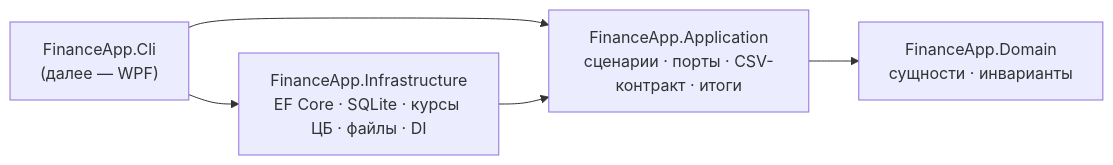
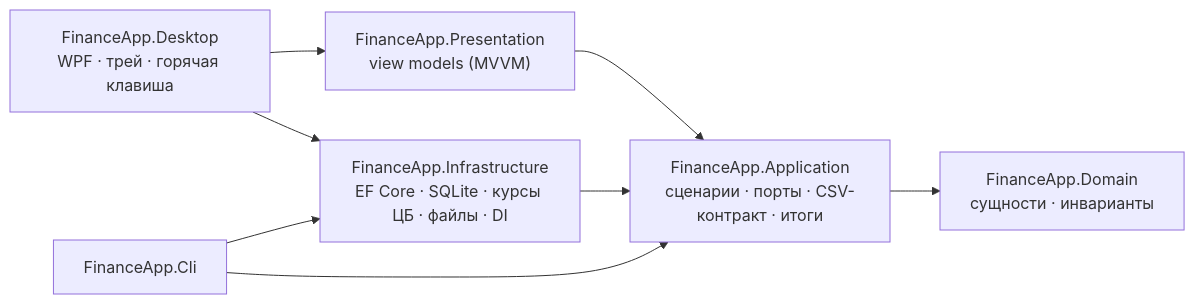
Before and after one commit to Scr1pt445/FinanceApp: the diagram in README.ru.md, drawn with Mermaid. The commit also changed other lines of this file and 1 other file, not shown here.

````diff
--- a/README.ru.md
+++ b/README.ru.md
@@ -25,7 +41,10 @@
 ```mermaid
 flowchart LR
-    CLI["FinanceApp.Cli<br/>(далее — WPF)"] --> Infra["FinanceApp.Infrastructure<br/>EF Core · SQLite · курсы ЦБ · файлы · DI"]
+    Desktop["FinanceApp.Desktop<br/>WPF · трей · горячая клавиша"] --> Presentation["FinanceApp.Presentation<br/>view models (MVVM)"]
+    Desktop --> Infra
+    CLI["FinanceApp.Cli"] --> Infra["FinanceApp.Infrastructure<br/>EF Core · SQLite · курсы ЦБ · файлы · DI"]
+    Presentation --> App
     CLI --> App
     Infra --> App["FinanceApp.Application<br/>сценарии · порты · CSV-контракт · итоги"]
     App --> Domain["FinanceApp.Domain<br/>сущности · инварианты"]
 ```
````
